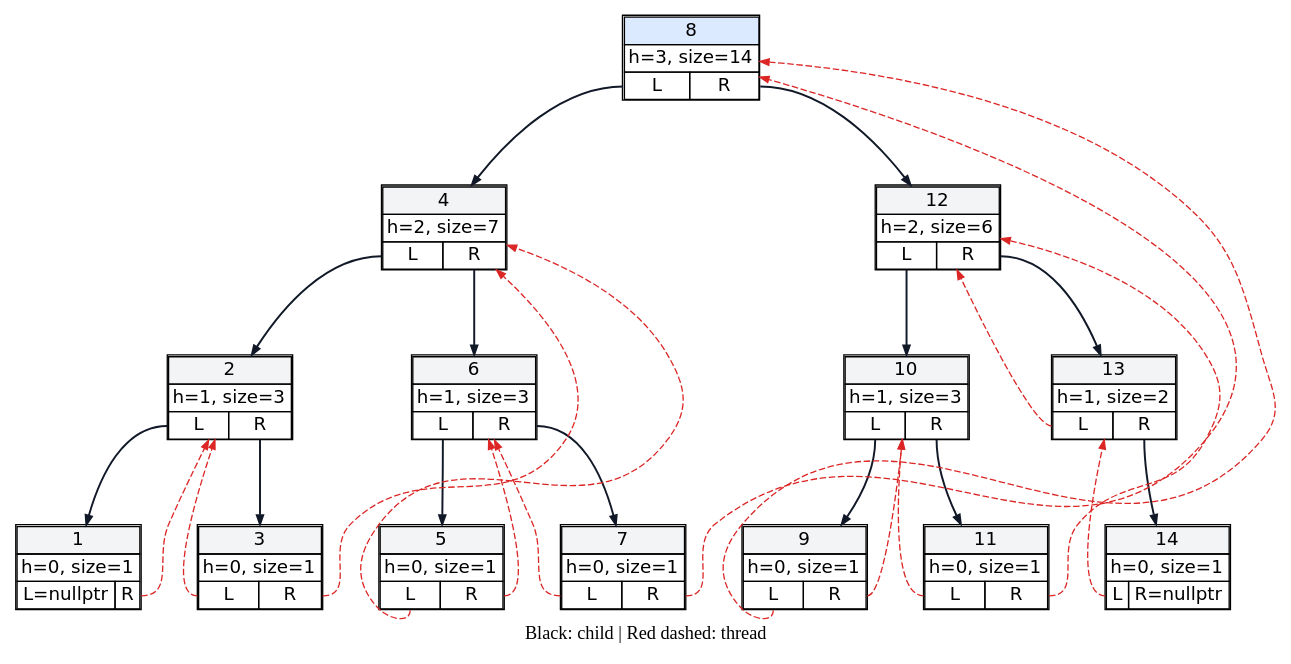
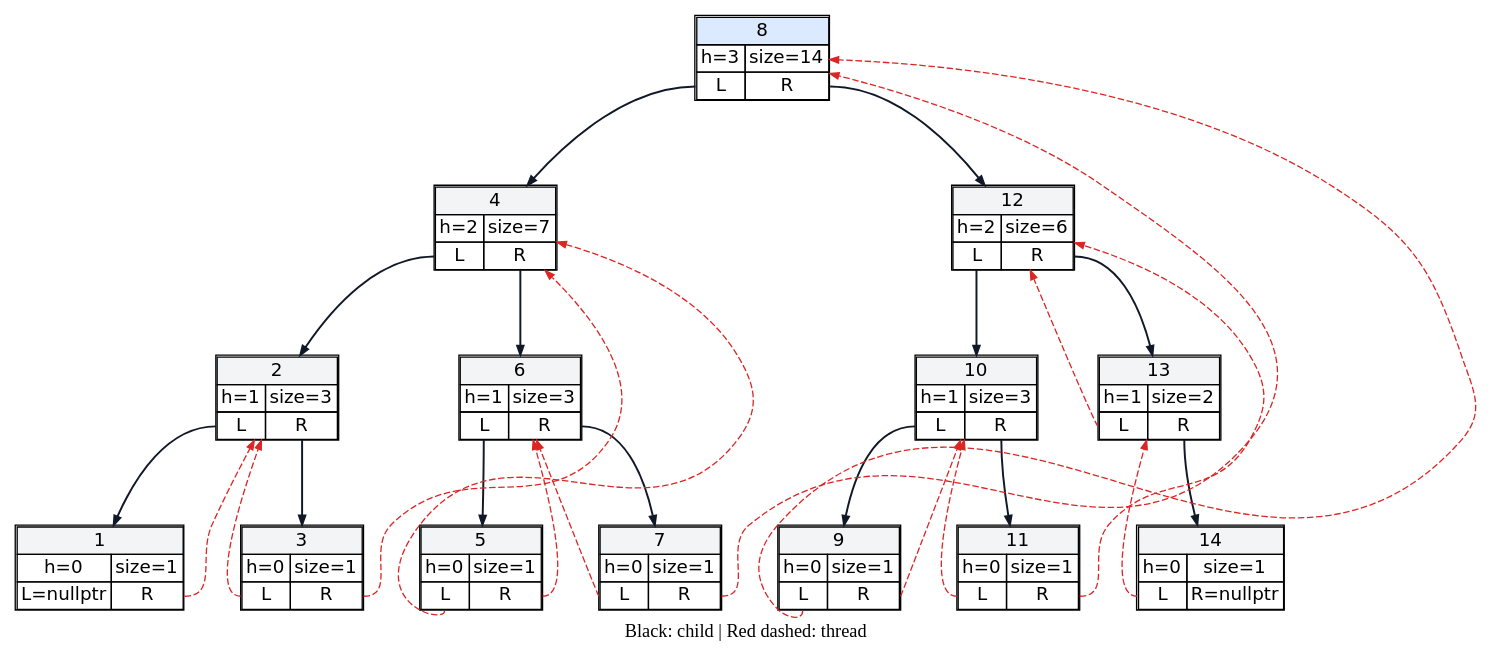
Before and after one commit to artemv09/Search_Tree: the diagram in graphiviz/tree.dot, drawn with Graphviz. The commit also changed 8 other files, not shown here.

```diff
--- a/graphiviz/tree.dot
+++ b/graphiviz/tree.dot
@@ -1,46 +1,46 @@
 digraph ThreadedTree {
   graph [rankdir=TB, ordering=out, nodesep=0.6, ranksep=0.9,
          labelloc=b, label="Black: child | Red dashed: thread"];
   node [shape=plain, fontname="DejaVu Sans"];
   edge [arrowsize=0.7];
-  n0 [label=<<TABLE BORDER="1" CELLBORDER="1" CELLSPACING="0"><TR><TD COLSPAN="2" BGCOLOR="#dbeafe">8</TD></TR><TR><TD COLSPAN="2">h=3, size=14</TD></TR><TR><TD PORT="l">L</TD><TD PORT="r">R</TD></TR></TABLE>>];
-  n1 [label=<<TABLE BORDER="1" CELLBORDER="1" CELLSPACING="0"><TR><TD COLSPAN="2" BGCOLOR="#f3f4f6">4</TD></TR><TR><TD COLSPAN="2">h=2, size=7</TD></TR><TR><TD PORT="l">L</TD><TD PORT="r">R</TD></TR></TABLE>>];
-  n2 [label=<<TABLE BORDER="1" CELLBORDER="1" CELLSPACING="0"><TR><TD COLSPAN="2" BGCOLOR="#f3f4f6">12</TD></TR><TR><TD COLSPAN="2">h=2, size=6</TD></TR><TR><TD PORT="l">L</TD><TD PORT="r">R</TD></TR></TABLE>>];
-  n3 [label=<<TABLE BORDER="1" CELLBORDER="1" CELLSPACING="0"><TR><TD COLSPAN="2" BGCOLOR="#f3f4f6">2</TD></TR><TR><TD COLSPAN="2">h=1, size=3</TD></TR><TR><TD PORT="l">L</TD><TD PORT="r">R</TD></TR></TABLE>>];
-  n4 [label=<<TABLE BORDER="1" CELLBORDER="1" CELLSPACING="0"><TR><TD COLSPAN="2" BGCOLOR="#f3f4f6">6</TD></TR><TR><TD COLSPAN="2">h=1, size=3</TD></TR><TR><TD PORT="l">L</TD><TD PORT="r">R</TD></TR></TABLE>>];
-  n5 [label=<<TABLE BORDER="1" CELLBORDER="1" CELLSPACING="0"><TR><TD COLSPAN="2" BGCOLOR="#f3f4f6">10</TD></TR><TR><TD COLSPAN="2">h=1, size=3</TD></TR><TR><TD PORT="l">L</TD><TD PORT="r">R</TD></TR></TABLE>>];
-  n6 [label=<<TABLE BORDER="1" CELLBORDER="1" CELLSPACING="0"><TR><TD COLSPAN="2" BGCOLOR="#f3f4f6">13</TD></TR><TR><TD COLSPAN="2">h=1, size=2</TD></TR><TR><TD PORT="l">L</TD><TD PORT="r">R</TD></TR></TABLE>>];
-  n7 [label=<<TABLE BORDER="1" CELLBORDER="1" CELLSPACING="0"><TR><TD COLSPAN="2" BGCOLOR="#f3f4f6">1</TD></TR><TR><TD COLSPAN="2">h=0, size=1</TD></TR><TR><TD PORT="l">L=nullptr</TD><TD PORT="r">R</TD></TR></TABLE>>];
-  n8 [label=<<TABLE BORDER="1" CELLBORDER="1" CELLSPACING="0"><TR><TD COLSPAN="2" BGCOLOR="#f3f4f6">3</TD></TR><TR><TD COLSPAN="2">h=0, size=1</TD></TR><TR><TD PORT="l">L</TD><TD PORT="r">R</TD></TR></TABLE>>];
-  n9 [label=<<TABLE BORDER="1" CELLBORDER="1" CELLSPACING="0"><TR><TD COLSPAN="2" BGCOLOR="#f3f4f6">5</TD></TR><TR><TD COLSPAN="2">h=0, size=1</TD></TR><TR><TD PORT="l">L</TD><TD PORT="r">R</TD></TR></TABLE>>];
-  n10 [label=<<TABLE BORDER="1" CELLBORDER="1" CELLSPACING="0"><TR><TD COLSPAN="2" BGCOLOR="#f3f4f6">7</TD></TR><TR><TD COLSPAN="2">h=0, size=1</TD></TR><TR><TD PORT="l">L</TD><TD PORT="r">R</TD></TR></TABLE>>];
-  n11 [label=<<TABLE BORDER="1" CELLBORDER="1" CELLSPACING="0"><TR><TD COLSPAN="2" BGCOLOR="#f3f4f6">9</TD></TR><TR><TD COLSPAN="2">h=0, size=1</TD></TR><TR><TD PORT="l">L</TD><TD PORT="r">R</TD></TR></TABLE>>];
-  n12 [label=<<TABLE BORDER="1" CELLBORDER="1" CELLSPACING="0"><TR><TD COLSPAN="2" BGCOLOR="#f3f4f6">11</TD></TR><TR><TD COLSPAN="2">h=0, size=1</TD></TR><TR><TD PORT="l">L</TD><TD PORT="r">R</TD></TR></TABLE>>];
-  n13 [label=<<TABLE BORDER="1" CELLBORDER="1" CELLSPACING="0"><TR><TD COLSPAN="2" BGCOLOR="#f3f4f6">14</TD></TR><TR><TD COLSPAN="2">h=0, size=1</TD></TR><TR><TD PORT="l">L</TD><TD PORT="r">R=nullptr</TD></TR></TABLE>>];
+  n0 [label=<<TABLE BORDER="1" CELLBORDER="1" CELLSPACING="0"><TR><TD COLSPAN="2" BGCOLOR="#dbeafe">8</TD></TR><TR><TD>h=3</TD><TD>size=14</TD></TR><TR><TD PORT="l">L</TD><TD PORT="r">R</TD></TR></TABLE>>];
+  n1 [label=<<TABLE BORDER="1" CELLBORDER="1" CELLSPACING="0"><TR><TD COLSPAN="2" BGCOLOR="#f3f4f6">4</TD></TR><TR><TD>h=2</TD><TD>size=7</TD></TR><TR><TD PORT="l">L</TD><TD PORT="r">R</TD></TR></TABLE>>];
+  n2 [label=<<TABLE BORDER="1" CELLBORDER="1" CELLSPACING="0"><TR><TD COLSPAN="2" BGCOLOR="#f3f4f6">12</TD></TR><TR><TD>h=2</TD><TD>size=6</TD></TR><TR><TD PORT="l">L</TD><TD PORT="r">R</TD></TR></TABLE>>];
+  n3 [label=<<TABLE BORDER="1" CELLBORDER="1" CELLSPACING="0"><TR><TD COLSPAN="2" BGCOLOR="#f3f4f6">2</TD></TR><TR><TD>h=1</TD><TD>size=3</TD></TR><TR><TD PORT="l">L</TD><TD PORT="r">R</TD></TR></TABLE>>];
+  n4 [label=<<TABLE BORDER="1" CELLBORDER="1" CELLSPACING="0"><TR><TD COLSPAN="2" BGCOLOR="#f3f4f6">6</TD></TR><TR><TD>h=1</TD><TD>size=3</TD></TR><TR><TD PORT="l">L</TD><TD PORT="r">R</TD></TR></TABLE>>];
+  n5 [label=<<TABLE BORDER="1" CELLBORDER="1" CELLSPACING="0"><TR><TD COLSPAN="2" BGCOLOR="#f3f4f6">10</TD></TR><TR><TD>h=1</TD><TD>size=3</TD></TR><TR><TD PORT="l">L</TD><TD PORT="r">R</TD></TR></TABLE>>];
+  n6 [label=<<TABLE BORDER="1" CELLBORDER="1" CELLSPACING="0"><TR><TD COLSPAN="2" BGCOLOR="#f3f4f6">13</TD></TR><TR><TD>h=1</TD><TD>size=2</TD></TR><TR><TD PORT="l">L</TD><TD PORT="r">R</TD></TR></TABLE>>];
+  n7 [label=<<TABLE BORDER="1" CELLBORDER="1" CELLSPACING="0"><TR><TD COLSPAN="2" BGCOLOR="#f3f4f6">1</TD></TR><TR><TD>h=0</TD><TD>size=1</TD></TR><TR><TD PORT="l">L=nullptr</TD><TD PORT="r">R</TD></TR></TABLE>>];
+  n8 [label=<<TABLE BORDER="1" CELLBORDER="1" CELLSPACING="0"><TR><TD COLSPAN="2" BGCOLOR="#f3f4f6">3</TD></TR><TR><TD>h=0</TD><TD>size=1</TD></TR><TR><TD PORT="l">L</TD><TD PORT="r">R</TD></TR></TABLE>>];
+  n9 [label=<<TABLE BORDER="1" CELLBORDER="1" CELLSPACING="0"><TR><TD COLSPAN="2" BGCOLOR="#f3f4f6">5</TD></TR><TR><TD>h=0</TD><TD>size=1</TD></TR><TR><TD PORT="l">L</TD><TD PORT="r">R</TD></TR></TABLE>>];
+  n10 [label=<<TABLE BORDER="1" CELLBORDER="1" CELLSPACING="0"><TR><TD COLSPAN="2" BGCOLOR="#f3f4f6">7</TD></TR><TR><TD>h=0</TD><TD>size=1</TD></TR><TR><TD PORT="l">L</TD><TD PORT="r">R</TD></TR></TABLE>>];
+  n11 [label=<<TABLE BORDER="1" CELLBORDER="1" CELLSPACING="0"><TR><TD COLSPAN="2" BGCOLOR="#f3f4f6">9</TD></TR><TR><TD>h=0</TD><TD>size=1</TD></TR><TR><TD PORT="l">L</TD><TD PORT="r">R</TD></TR></TABLE>>];
+  n12 [label=<<TABLE BORDER="1" CELLBORDER="1" CELLSPACING="0"><TR><TD COLSPAN="2" BGCOLOR="#f3f4f6">11</TD></TR><TR><TD>h=0</TD><TD>size=1</TD></TR><TR><TD PORT="l">L</TD><TD PORT="r">R</TD></TR></TABLE>>];
+  n13 [label=<<TABLE BORDER="1" CELLBORDER="1" CELLSPACING="0"><TR><TD COLSPAN="2" BGCOLOR="#f3f4f6">14</TD></TR><TR><TD>h=0</TD><TD>size=1</TD></TR><TR><TD PORT="l">L</TD><TD PORT="r">R=nullptr</TD></TR></TABLE>>];
   n0:l -> n1 [color="#111827", penwidth=1.5];
   n0:r -> n2 [color="#111827", penwidth=1.5];
   n1:l -> n3 [color="#111827", penwidth=1.5];
   n1:r -> n4 [color="#111827", penwidth=1.5];
   n2:l -> n5 [color="#111827", penwidth=1.5];
   n2:r -> n6 [color="#111827", penwidth=1.5];
   n3:l -> n7 [color="#111827", penwidth=1.5];
   n3:r -> n8 [color="#111827", penwidth=1.5];
   n4:l -> n9 [color="#111827", penwidth=1.5];
   n4:r -> n10 [color="#111827", penwidth=1.5];
   n5:l -> n11 [color="#111827", penwidth=1.5];
   n5:r -> n12 [color="#111827", penwidth=1.5];
   n6:l -> n2 [color="#dc2626", style=dashed, constraint=false];
   n6:r -> n13 [color="#111827", penwidth=1.5];
   n7:r -> n3 [color="#dc2626", style=dashed, constraint=false];
   n8:l -> n3 [color="#dc2626", style=dashed, constraint=false];
   n8:r -> n1 [color="#dc2626", style=dashed, constraint=false];
   n9:l -> n1 [color="#dc2626", style=dashed, constraint=false];
   n9:r -> n4 [color="#dc2626", style=dashed, constraint=false];
   n10:l -> n4 [color="#dc2626", style=dashed, constraint=false];
   n10:r -> n0 [color="#dc2626", style=dashed, constraint=false];
   n11:l -> n0 [color="#dc2626", style=dashed, constraint=false];
   n11:r -> n5 [color="#dc2626", style=dashed, constraint=false];
   n12:l -> n5 [color="#dc2626", style=dashed, constraint=false];
   n12:r -> n2 [color="#dc2626", style=dashed, constraint=false];
   n13:l -> n6 [color="#dc2626", style=dashed, constraint=false];
 }
```
